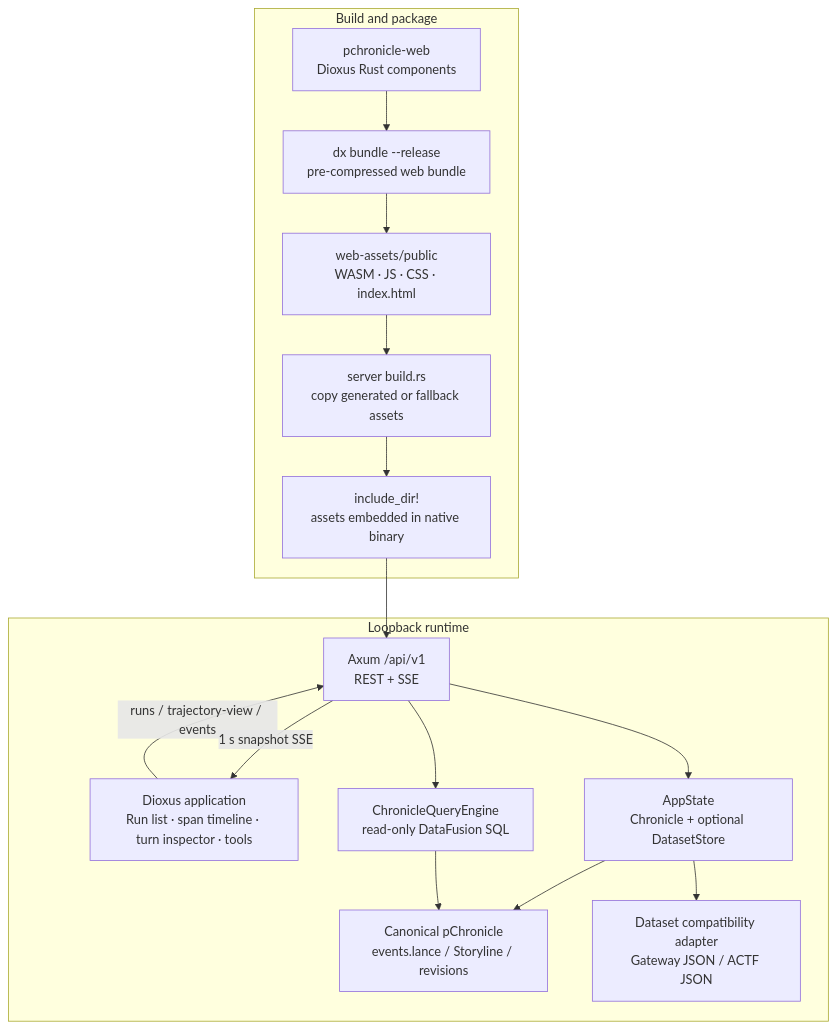
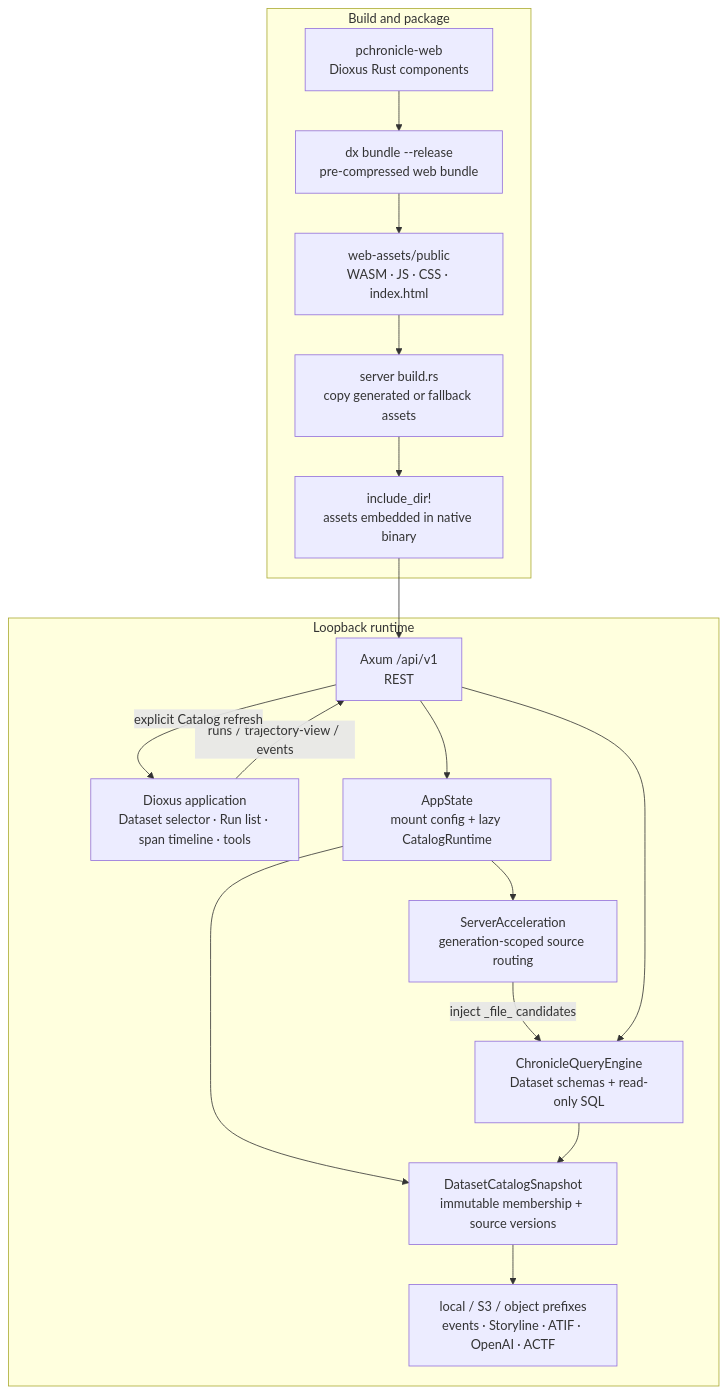
Before and after one commit to DeepLink-org/Persisting: the fourth of 4 diagrams in docs/src/design/agent-infrastructure.md, drawn with Mermaid. The commit also changed other lines of this file and 48 other files, not shown here.

````diff
--- a/docs/src/design/agent-infrastructure.md
+++ b/docs/src/design/agent-infrastructure.md
@@ -537,29 +537,31 @@
 ```mermaid
 flowchart TB
   subgraph BUILD["Build and package"]
     WEB["pchronicle-web<br/>Dioxus Rust components"]
     DX["dx bundle --release<br/>pre-compressed web bundle"]
     ASSETS["web-assets/public<br/>WASM · JS · CSS · index.html"]
     BUILD_RS["server build.rs<br/>copy generated or fallback assets"]
     EMBED["include_dir!<br/>assets embedded in native binary"]
     WEB --> DX --> ASSETS --> BUILD_RS --> EMBED
   end
 
   subgraph RUNTIME["Loopback runtime"]
-    BROWSER["Dioxus application<br/>Run list · span timeline · turn inspector · tools"]
-    API["Axum /api/v1<br/>REST + SSE"]
-    STATE["AppState<br/>Chronicle + optional DatasetStore"]
-    LANCE["Canonical pChronicle<br/>events.lance / Storyline / revisions"]
-    DATASET["Dataset compatibility adapter<br/>Gateway JSON / ACTF JSON"]
-    QUERY["ChronicleQueryEngine<br/>read-only DataFusion SQL"]
+    BROWSER["Dioxus application<br/>Dataset selector · Run list · span timeline · tools"]
+    API["Axum /api/v1<br/>REST"]
+    STATE["AppState<br/>mount config + lazy CatalogRuntime"]
+    CATALOG["DatasetCatalogSnapshot<br/>immutable membership + source versions"]
+    ROUTING["ServerAcceleration<br/>generation-scoped source routing"]
+    SOURCES["local / S3 / object prefixes<br/>events · Storyline · ATIF · OpenAI · ACTF"]
+    QUERY["ChronicleQueryEngine<br/>Dataset schemas + read-only SQL"]
 
     BROWSER -->|"runs / trajectory-view / events"| API
-    API -->|"1 s snapshot SSE"| BROWSER
+    API -->|"explicit Catalog refresh"| BROWSER
     API --> STATE
-    STATE --> LANCE
-    STATE --> DATASET
-    API --> QUERY --> LANCE
+    STATE --> CATALOG --> SOURCES
+    STATE --> ROUTING
+    ROUTING -->|"inject _file_ candidates"| QUERY
+    API --> QUERY --> CATALOG
   end
 
   EMBED --> API
 ```
````
